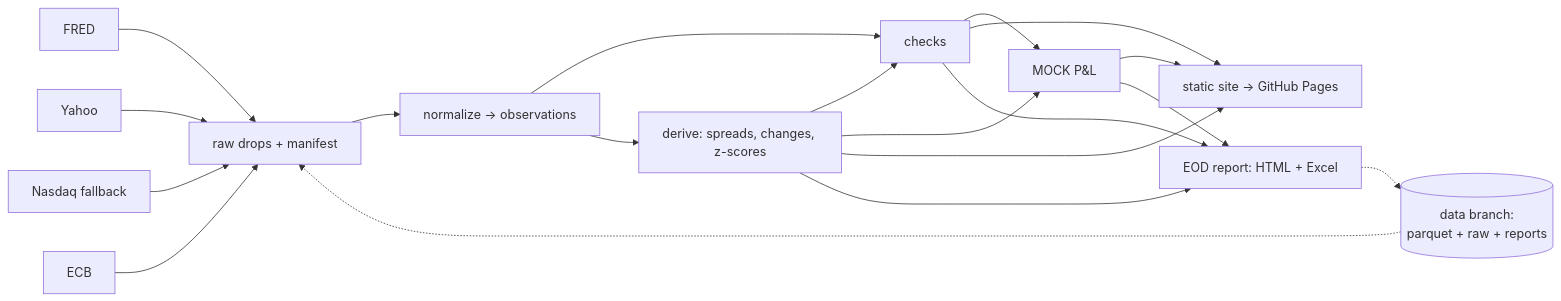
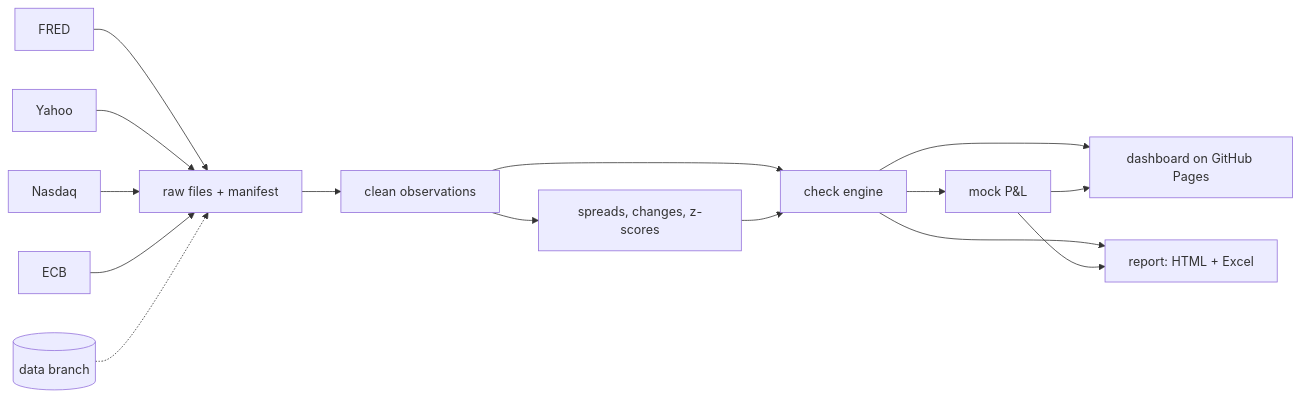
One commit to DanielDistor/clean-tape changed the diagram in README.md. Above: the diagram before and after it, drawn with Mermaid. The commit also changed other lines of this file and 13 other files, not shown here.

````diff
--- a/README.md
+++ b/README.md
@@ -29,13 +74,11 @@
 ```mermaid
 flowchart LR
-  FRED[FRED] & YF[Yahoo] & NQ[Nasdaq fallback] & ECB[ECB] --> RAW[raw drops + manifest]
-  RAW --> NORM[normalize → observations]
-  NORM --> CHK[checks]
-  NORM --> DER[derive: spreads, changes, z-scores]
-  DER --> CHK
-  DER & CHK --> PNL[MOCK P&L]
-  DER & CHK & PNL --> SITE[static site → GitHub Pages]
-  DER & CHK & PNL --> REP[EOD report: HTML + Excel]
-  STATE[(data branch:<br/>parquet + raw + reports)] -.-> RAW
-  REP -.-> STATE
+  FRED[FRED] & YF[Yahoo] & NQ[Nasdaq] & ECB[ECB] --> RAW[raw files + manifest]
+  RAW --> NORM[clean observations]
+  NORM --> DER[spreads, changes, z-scores]
+  NORM & DER --> CHK[check engine]
+  CHK --> PNL[mock P&L]
+  CHK & PNL --> SITE[dashboard on GitHub Pages]
+  CHK & PNL --> REP[report: HTML + Excel]
+  STATE[(data branch)] -.-> RAW
 ```
````
